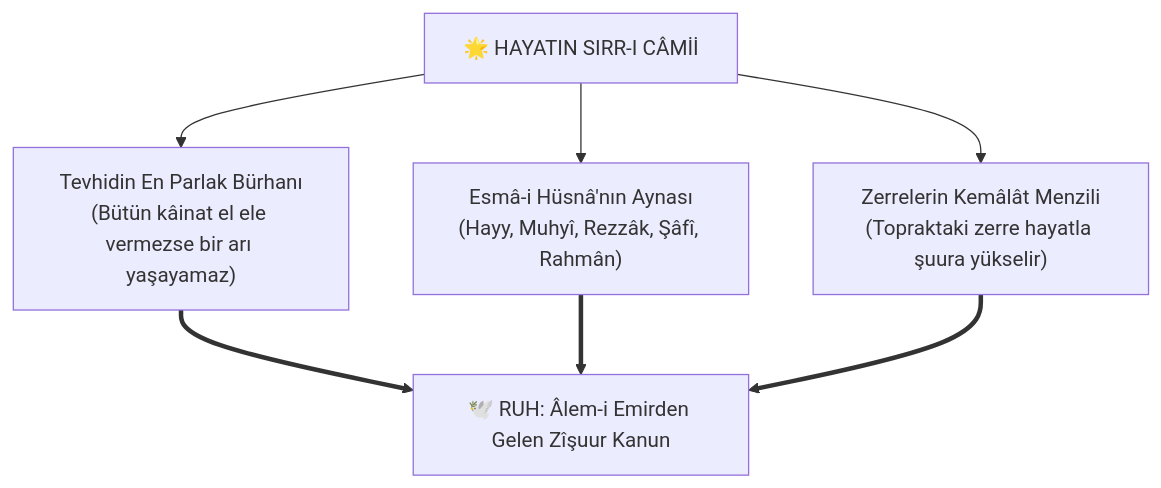
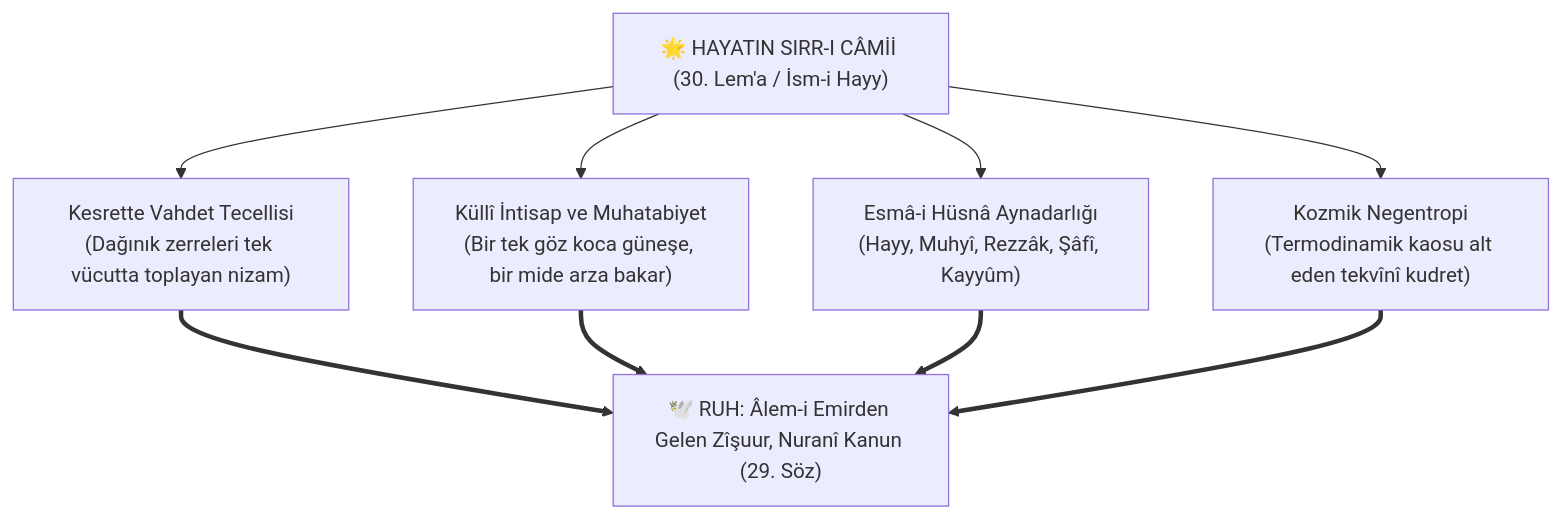
The diagram in docs/hayat-ve-ruh-tilsimi.md (bahattinyunus/tilsim-i-kainat), drawn with Mermaid before and after one commit. The commit also changed other lines of this file and 5 other files, not shown here.

````diff
--- a/docs/hayat-ve-ruh-tilsimi.md
+++ b/docs/hayat-ve-ruh-tilsimi.md
@@ -26,10 +28,11 @@
 ```mermaid
 flowchart TD
-    H["🌟 HAYATIN SIRR-I CÂMİİ"]
+    H["🌟 HAYATIN SIRR-I CÂMİİ (30. Lem'a / İsm-i Hayy)"]
     
-    H --> C1["Tevhidin En Parlak Bürhanı<br/>(Bütün kâinat el ele vermezse bir arı yaşayamaz)"]
-    H --> C2["Esmâ-i Hüsnâ'nın Aynası<br/>(Hayy, Muhyî, Rezzâk, Şâfî, Rahmân)"]
-    H --> C3["Zerrelerin Kemâlât Menzili<br/>(Topraktaki zerre hayatla şuura yükselir)"]
+    H --> C1["Kesrette Vahdet Tecellisi<br/>(Dağınık zerreleri tek vücutta toplayan nizam)"]
+    H --> C2["Küllî İntisap ve Muhatabiyet<br/>(Bir tek göz koca güneşe, bir mide arza bakar)"]
+    H --> C3["Esmâ-i Hüsnâ Aynadarlığı<br/>(Hayy, Muhyî, Rezzâk, Şâfî, Kayyûm)"]
+    H --> C4["Kozmik Negentropi<br/>(Termodinamik kaosu alt eden tekvînî kudret)"]
     
-    C1 & C2 & C3 ==> R["🕊️ RUH: Âlem-i Emirden Gelen Zîşuur Kanun"]
+    C1 & C2 & C3 & C4 ==> R["🕊️ RUH: Âlem-i Emirden Gelen Zîşuur, Nuranî Kanun (29. Söz)"]
 ```
````
